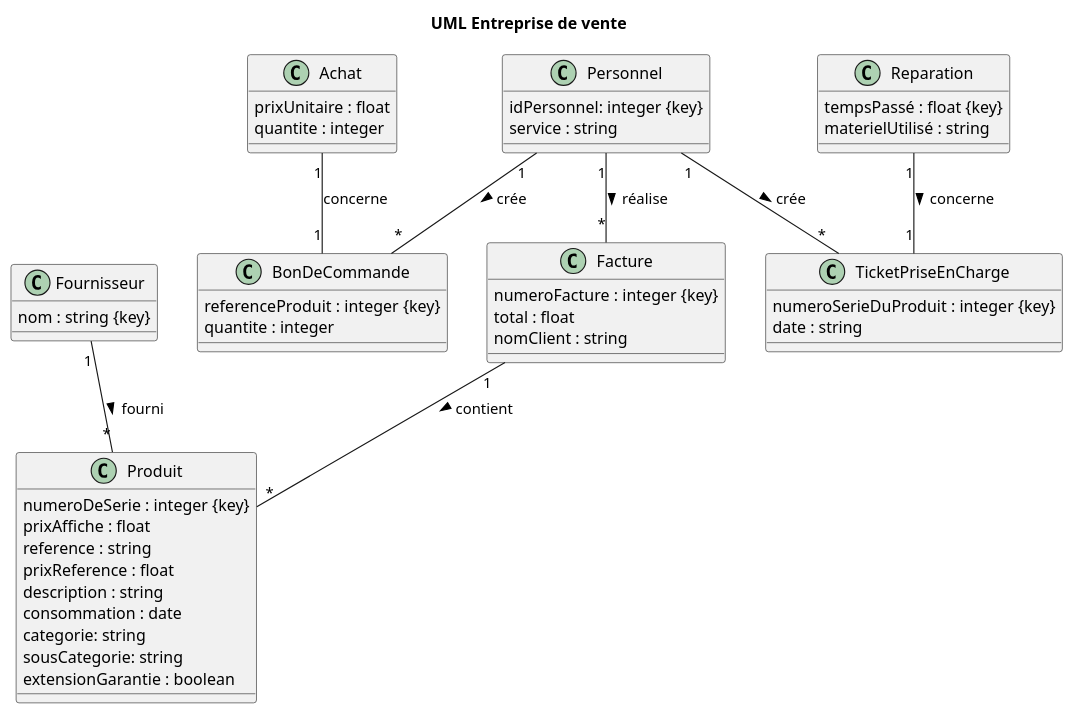
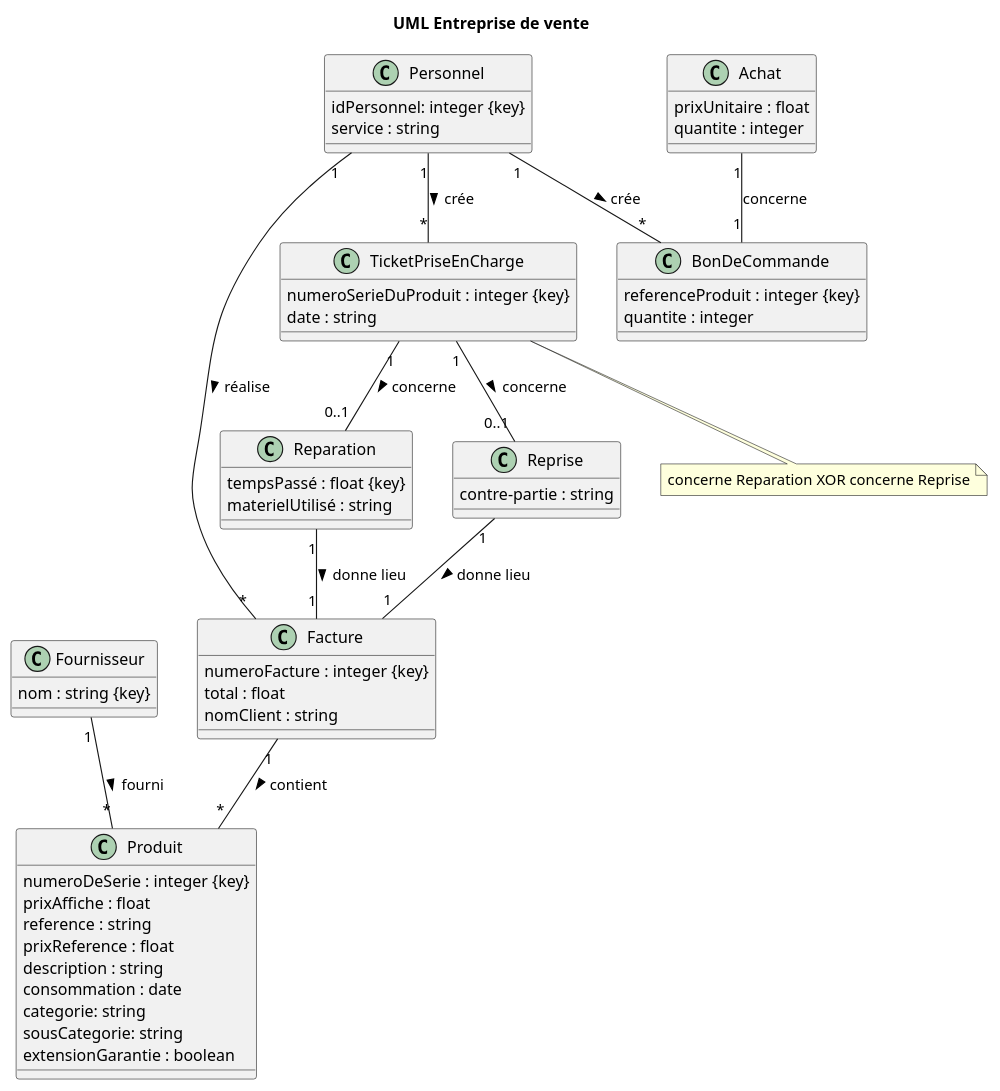
The diagram in MCD.plantuml (mariaidrissi/Entreprise-de-vente), drawn with PlantUML before and after one commit.

```diff
--- a/MCD.plantuml
+++ b/MCD.plantuml
@@ -1,68 +1,77 @@
 @startuml
 title UML Entreprise de vente
 
 class Produit {
   numeroDeSerie : integer {key}
   prixAffiche : float
   reference : string
   prixReference : float
   description : string
   consommation : date
   categorie: string
   sousCategorie: string
   extensionGarantie : boolean
 }
 
 class Fournisseur {
 	nom : string {key}
 }
 
 Fournisseur "1" -- "*" Produit : fourni >
 
 
 class Facture {
   numeroFacture : integer {key}
   total : float 
   nomClient : string
 }
 
 Facture "1" -- "*" Produit : contient >
 
 class Personnel {
   idPersonnel: integer {key}
   service : string
 }
 
 
 Personnel "1" -- "*" Facture : réalise >
 Personnel "1" -- "*" TicketPriseEnCharge : crée >
 Personnel "1" -- "*" BonDeCommande : crée >
 
 class TicketPriseEnCharge {
   numeroSerieDuProduit : integer {key}
   date : string 
 }
 
 class BonDeCommande {
   referenceProduit : integer {key}
   quantite : integer
 }
 
 
 Achat "1" -- "1" BonDeCommande : concerne 
 
 class Achat {
   prixUnitaire : float
   quantite : integer
 }
 
 
 
 class Reparation  {
   tempsPassé : float {key}
   materielUtilisé : string
 }
 
-Reparation "1" -- "1" TicketPriseEnCharge : concerne >
+class Reprise  {
+  contre-partie : string
+}
 
+note bottom of TicketPriseEnCharge
+    concerne Reparation XOR concerne Reprise
+end note
+TicketPriseEnCharge "1" -- "0..1" Reparation : concerne >
+Reparation "1" -- "1" Facture : donne lieu >
+TicketPriseEnCharge "1" -- "0..1" Reprise : concerne >
+Reprise "1" -- "1" Facture : donne lieu >
 @enduml
```
